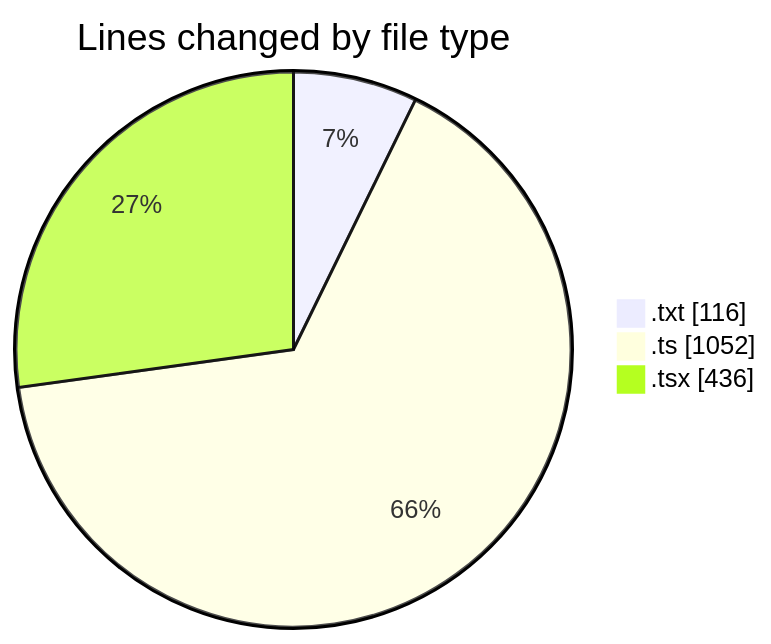
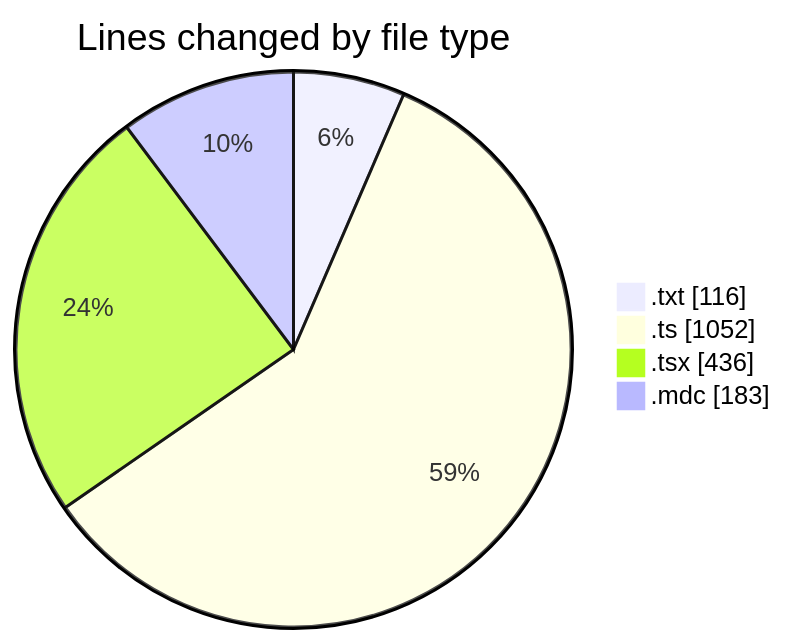
The first of 2 diagrams in 2025-05-28/ecodeli-1/README.md (CELIANVF/code-tracking), drawn with Mermaid before and after one commit. The commit also changed other lines of this file and 1 other file, not shown here.

````diff
--- a/2025-05-28/ecodeli-1/README.md
+++ b/2025-05-28/ecodeli-1/README.md
@@ -30,7 +32,8 @@
 ```mermaid
 pie showData
 title Lines changed by file type
 ".txt" : 116
 ".ts" : 1052
 ".tsx" : 436
+".mdc" : 183
 ```
````
